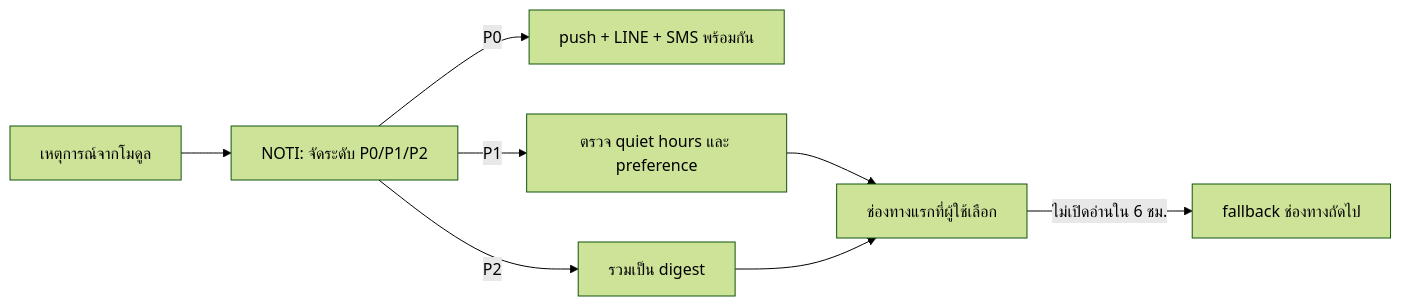
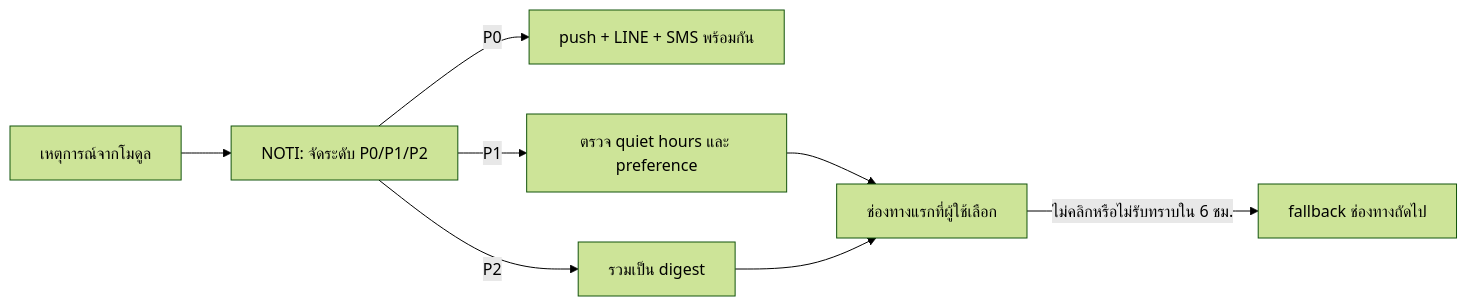
The first of 2 diagrams in tnsu-system/docs/14-ux-adoption.md (Ruttanachote/Ai), drawn with Mermaid (forest theme) before and after one commit. The commit also changed other lines of this file and 7 other files, not shown here.

````diff
--- a/tnsu-system/docs/14-ux-adoption.md
+++ b/tnsu-system/docs/14-ux-adoption.md
@@ -294,10 +354,10 @@
 ```mermaid
 flowchart LR
   E["เหตุการณ์จากโมดูล"] --> N["NOTI: จัดระดับ P0/P1/P2"]
   N -->|P0| ALL["push + LINE + SMS พร้อมกัน"]
   N -->|P1| Q1["ตรวจ quiet hours และ preference"]
   N -->|P2| D["รวมเป็น digest"]
   Q1 --> C1["ช่องทางแรกที่ผู้ใช้เลือก"]
-  C1 -->|ไม่เปิดอ่านใน 6 ชม.| C2["fallback ช่องทางถัดไป"]
+  C1 -->|ไม่คลิกหรือไม่รับทราบใน 6 ชม.| C2["fallback ช่องทางถัดไป"]
   D --> C1
 ```
````
